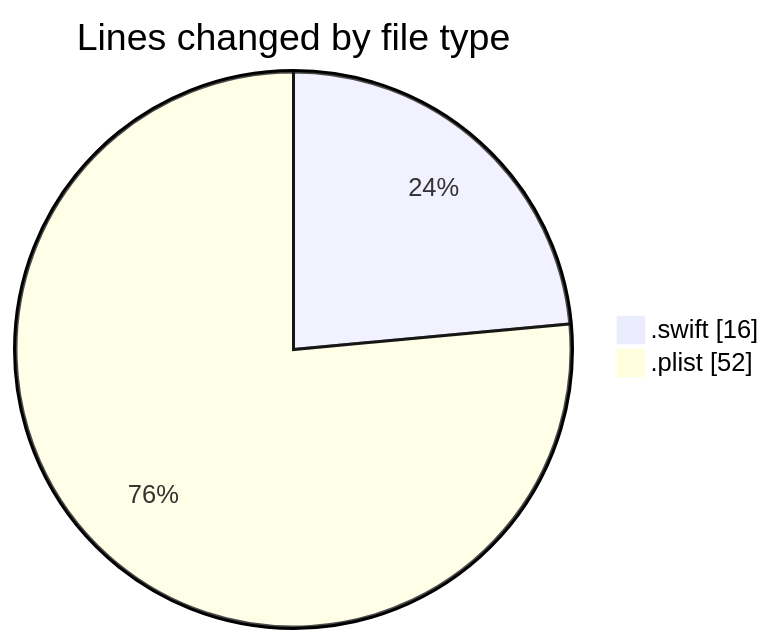
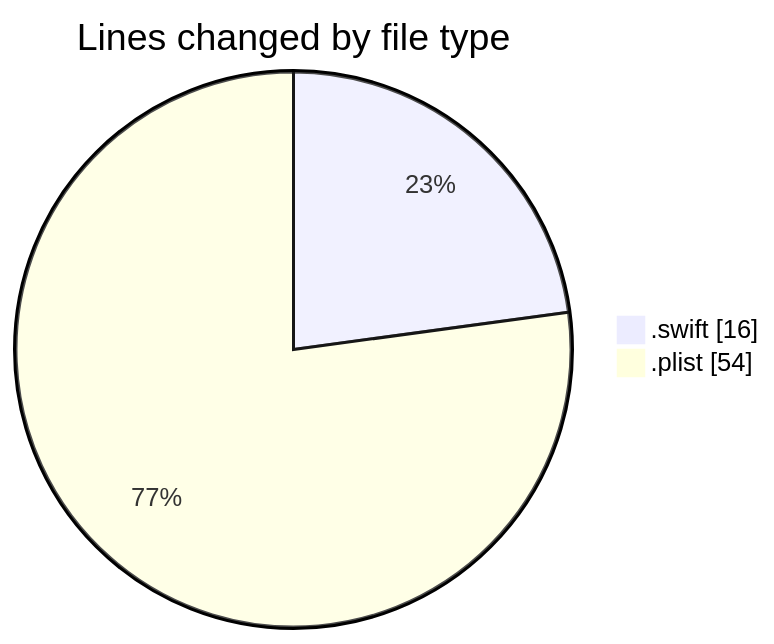
The first of 2 diagrams in 2025-01-02/maps_clone/README.md (donsfak/code-tracking), drawn with Mermaid before and after one commit. The commit also changed other lines of this file and 2 other files, not shown here.

````diff
--- a/2025-01-02/maps_clone/README.md
+++ b/2025-01-02/maps_clone/README.md
@@ -21,6 +21,6 @@
 ```mermaid
 pie showData
 title Lines changed by file type
 ".swift" : 16
-".plist" : 52
+".plist" : 54
 ```
````
